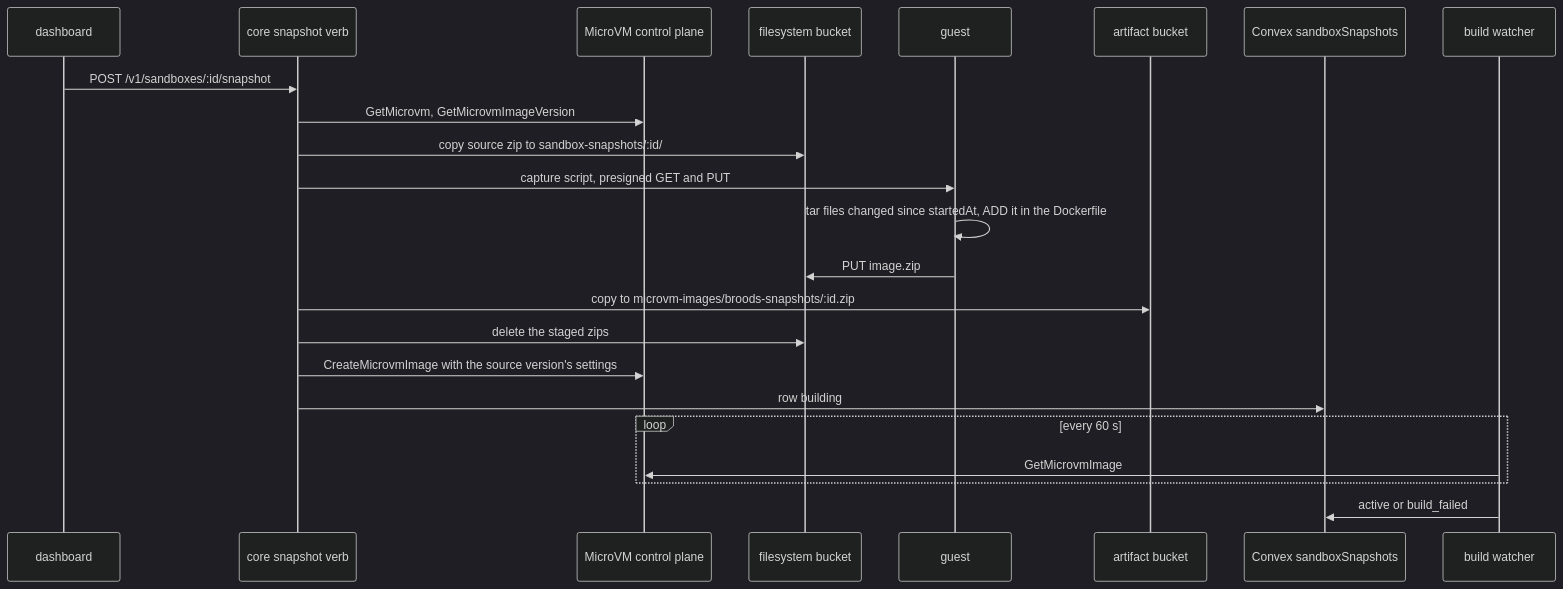
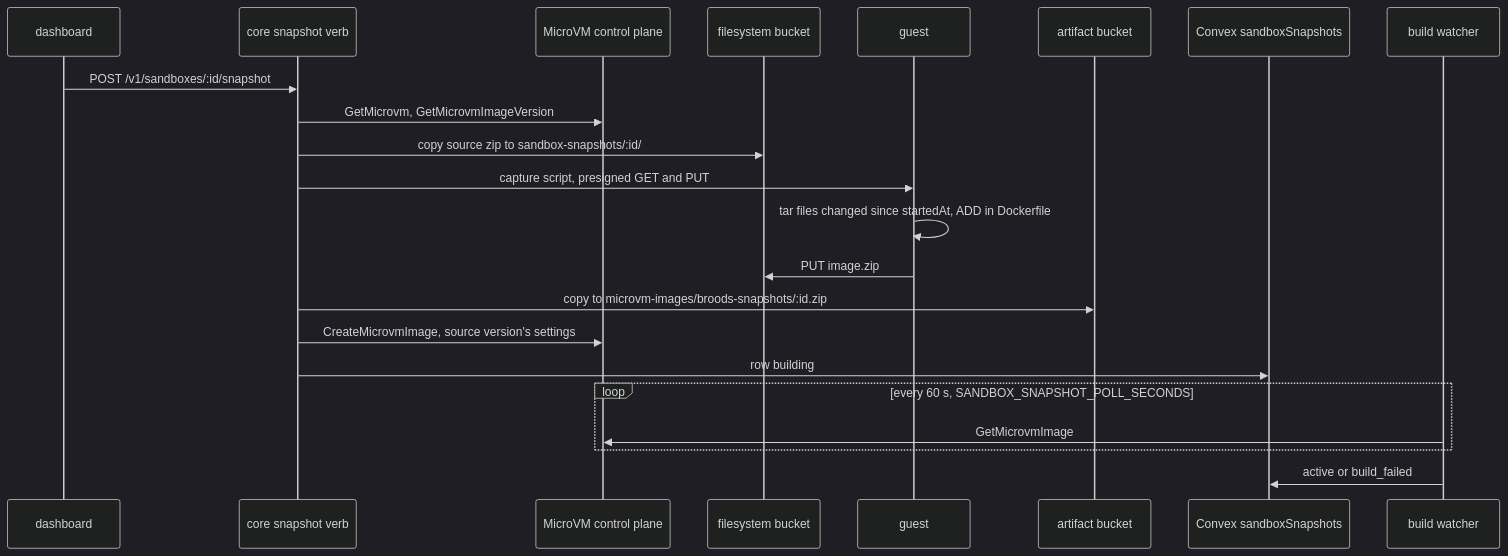
One commit to beeblastco/broods changed diagram 15 of 21 in apps/docs/docs/internals/sandboxes.md. Above: the diagram before and after it, drawn with Mermaid (dark theme). The commit also changed other lines of this file and 22 other files, not shown here.

First line of the commit message:
docs: fold the Cloudflare pages into their sections, rewrite internals diagram-first (#1010)

````diff
--- a/apps/docs/docs/internals/sandboxes.md
+++ b/apps/docs/docs/internals/sandboxes.md
@@ -158,26 +400,25 @@
 ```mermaid
 sequenceDiagram
   participant D as dashboard
   participant C as core snapshot verb
   participant CP as MicroVM control plane
   participant FS as filesystem bucket
   participant VM as guest
   participant A as artifact bucket
   participant DB as Convex sandboxSnapshots
   participant W as build watcher
 
   D->>C: POST /v1/sandboxes/:id/snapshot
   C->>CP: GetMicrovm, GetMicrovmImageVersion
   C->>FS: copy source zip to sandbox-snapshots/:id/
   C->>VM: capture script, presigned GET and PUT
-  VM->>VM: tar files changed since startedAt, ADD it in the Dockerfile
+  VM->>VM: tar files changed since startedAt, ADD in Dockerfile
   VM->>FS: PUT image.zip
   C->>A: copy to microvm-images/broods-snapshots/:id.zip
-  C->>FS: delete the staged zips
-  C->>CP: CreateMicrovmImage with the source version's settings
+  C->>CP: CreateMicrovmImage, source version's settings
   C->>DB: row building
-  loop every 60 s
+  loop every 60 s, SANDBOX_SNAPSHOT_POLL_SECONDS
     W->>CP: GetMicrovmImage
   end
   W->>DB: active or build_failed
 ```
````
